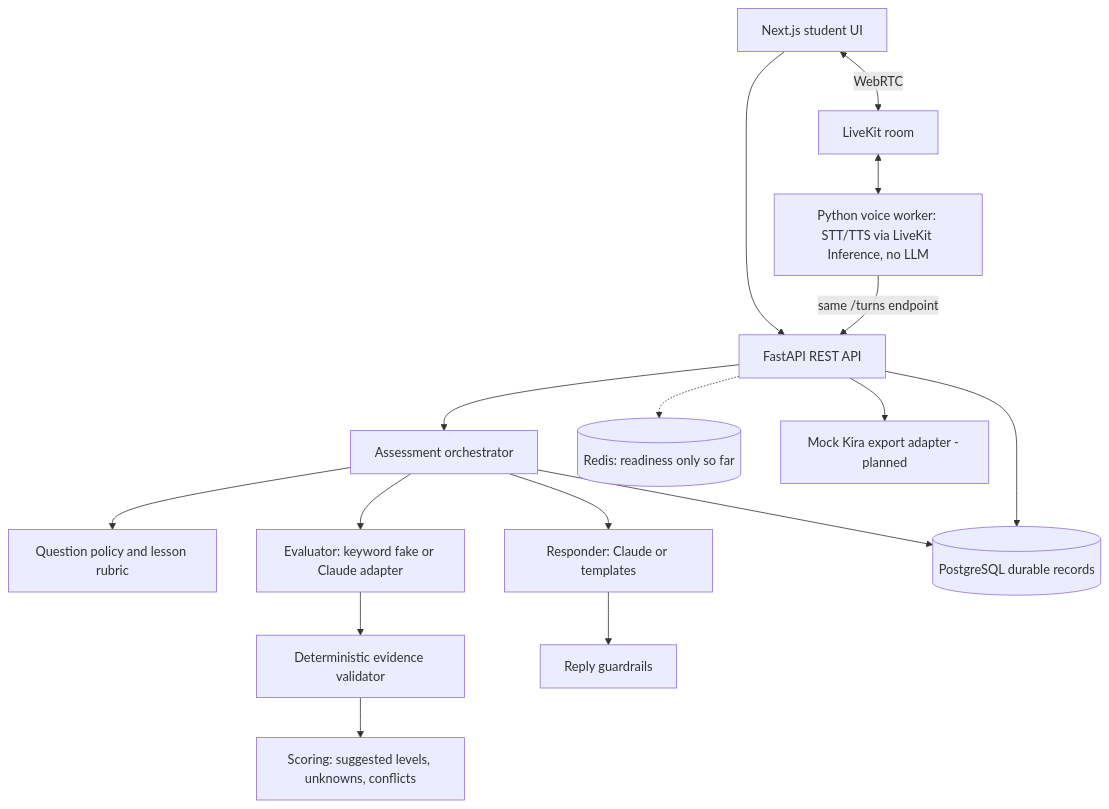
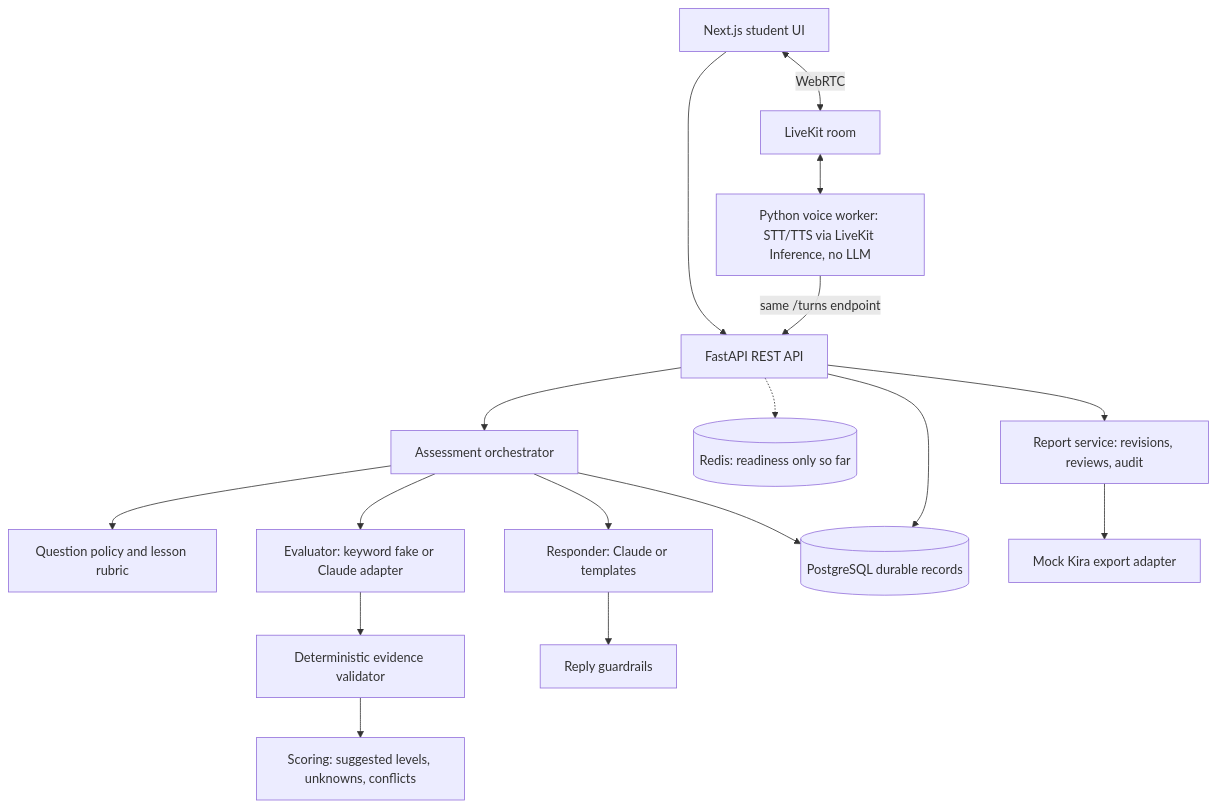
One commit to PickleRith/kira-verbal changed the diagram in docs/architecture.md. Above: the diagram before and after it, drawn with Mermaid. The commit also changed other lines of this file and 41 other files, not shown here.

````diff
--- a/docs/architecture.md
+++ b/docs/architecture.md
@@ -7,17 +7,17 @@
 ```mermaid
 flowchart TD
   UI[Next.js student UI] --> API[FastAPI REST API]
   UI <-->|WebRTC| RTC[LiveKit room]
   RTC <--> W[Python voice worker: STT/TTS via LiveKit Inference, no LLM]
   W -->|same /turns endpoint| API
   API --> O[Assessment orchestrator]
   O --> P[Question policy and lesson rubric]
   O --> E[Evaluator: keyword fake or Claude adapter]
   E --> V[Deterministic evidence validator]
   V --> S[Scoring: suggested levels, unknowns, conflicts]
   O --> RS[Responder: Claude or templates] --> G[Reply guardrails]
   O --> DB[(PostgreSQL durable records)]
   API --> DB
   API -.-> R[(Redis: readiness only so far)]
-  API --> X[Mock Kira export adapter - planned]
+  API --> RP[Report service: revisions, reviews, audit] --> X[Mock Kira export adapter]
 ```
````
